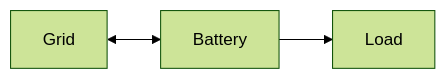
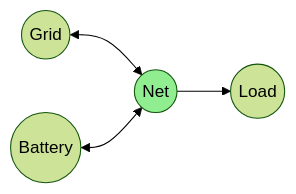
The second of 2 diagrams in docs/modeling/index.md (hass-energy/haeo), drawn with Mermaid (forest theme) before and after one commit. The commit also changed other lines of this file and 34 other files, not shown here.

````diff
--- a/docs/modeling/index.md
+++ b/docs/modeling/index.md
@@ -140,5 +214,8 @@
 ```mermaid
 graph LR
-    Grid[Grid] <--> Battery[Battery]
-    Battery --> Load[Load]
+    Grid((Grid)) <--> Net((Net))
+    Battery((Battery)) <--> Net
+    Net --> Load((Load))
+    
+    style Net fill:#90EE90
 ```
````
